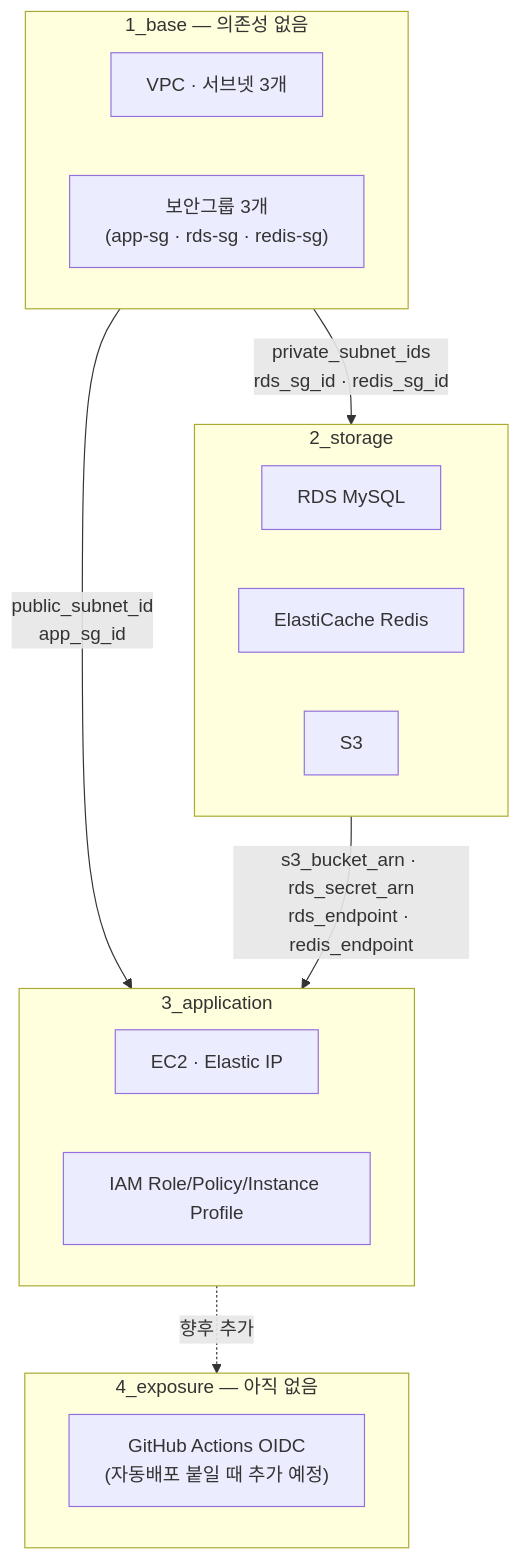
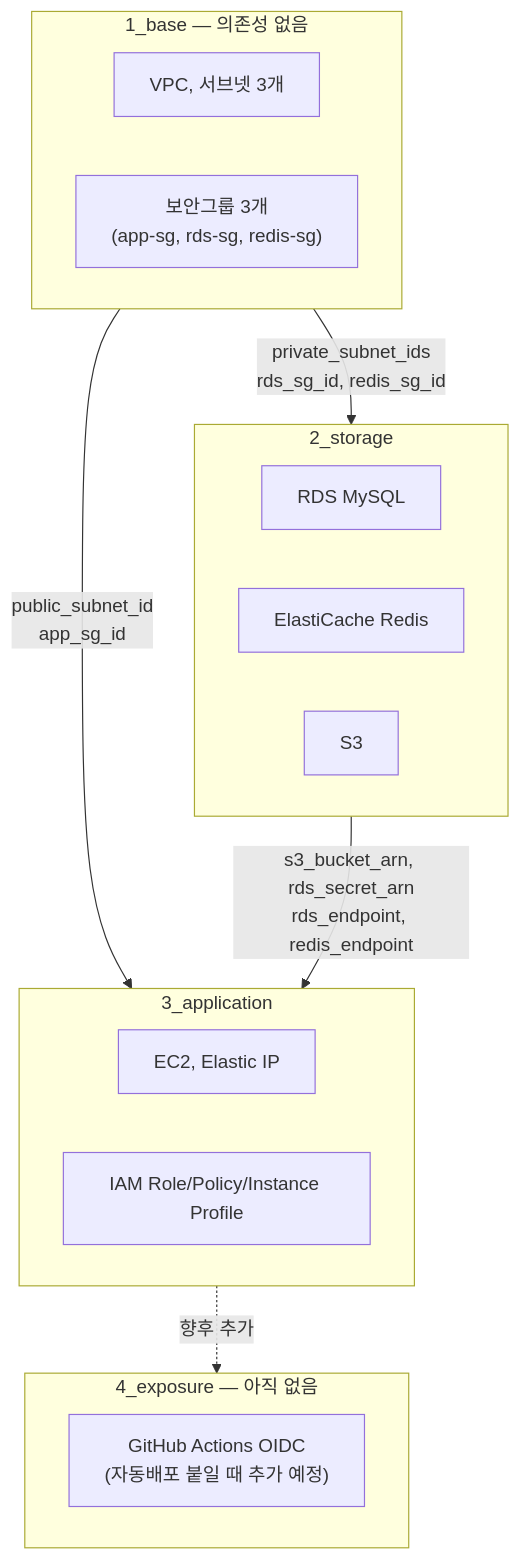
The diagram in docs/GUIDE.md (42VoiceBridge/42VoiceBridge_Infra), drawn with Mermaid before and after one commit. The commit also changed other lines of this file and 1 other file, not shown here.

Commit message:
docs: use commas instead of middle dots, attribute infra ownership
Replace · separators with , across README.md and docs/GUIDE.md, credit
infra ownership to 김주영 instead of "solo", and drop the friend's
account/$100 budget detail from the cost warning.

````diff
--- a/docs/GUIDE.md
+++ b/docs/GUIDE.md
@@ -25,27 +24,27 @@
 ```mermaid
 graph TB
     subgraph L1["1_base — 의존성 없음"]
-        VPC["VPC · 서브넷 3개"]
-        SG["보안그룹 3개<br/>(app-sg · rds-sg · redis-sg)"]
+        VPC["VPC, 서브넷 3개"]
+        SG["보안그룹 3개<br/>(app-sg, rds-sg, redis-sg)"]
     end
 
     subgraph L2["2_storage"]
         RDS["RDS MySQL"]
         REDIS["ElastiCache Redis"]
         S3["S3"]
     end
 
     subgraph L3["3_application"]
-        EC2["EC2 · Elastic IP"]
+        EC2["EC2, Elastic IP"]
         IAM["IAM Role/Policy/Instance Profile"]
     end
 
     subgraph L4["4_exposure — 아직 없음"]
         CICD["GitHub Actions OIDC<br/>(자동배포 붙일 때 추가 예정)"]
     end
 
-    L1 -- "private_subnet_ids<br/>rds_sg_id · redis_sg_id" --> L2
+    L1 -- "private_subnet_ids<br/>rds_sg_id, redis_sg_id" --> L2
     L1 -- "public_subnet_id<br/>app_sg_id" --> L3
-    L2 -- "s3_bucket_arn · rds_secret_arn<br/>rds_endpoint · redis_endpoint" --> L3
+    L2 -- "s3_bucket_arn, rds_secret_arn<br/>rds_endpoint, redis_endpoint" --> L3
     L3 -.향후 추가.-> L4
 ```
````
